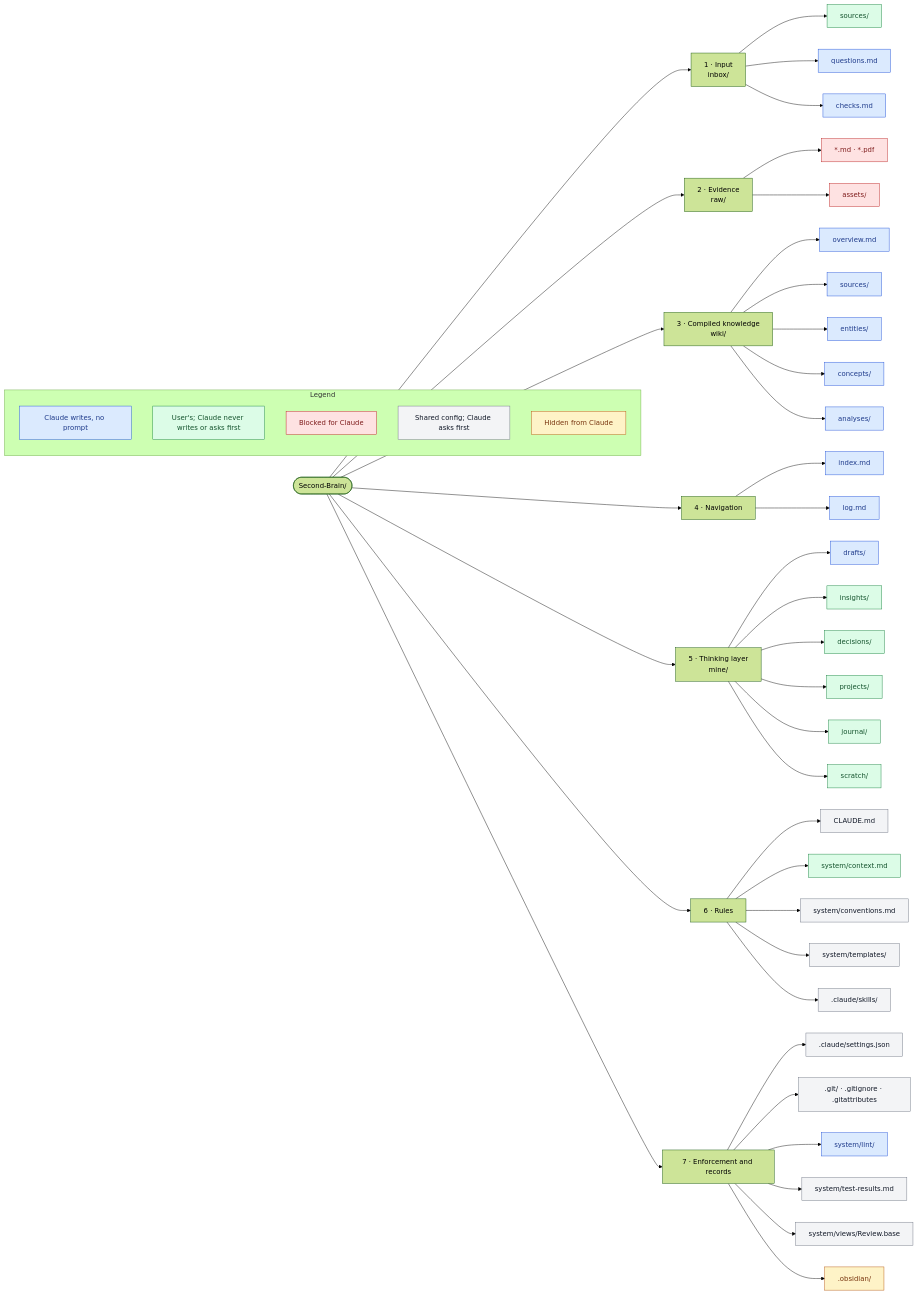
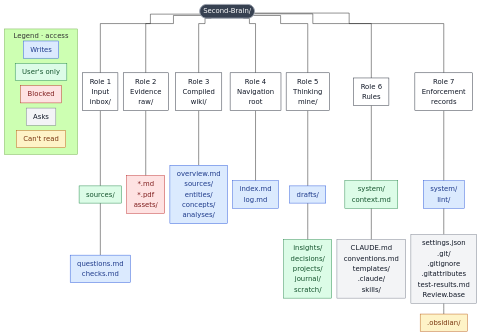
The third of 16 diagrams in mine/projects/thinking-system/23 Product Requirements.md (quocnguyen13/second-brain), drawn with Mermaid (forest theme) before and after one commit. The commit also changed other lines of this file and 5 other files, not shown here.

````diff
--- a/mine/projects/thinking-system/23 Product Requirements.md
+++ b/mine/projects/thinking-system/23 Product Requirements.md
@@ -197,57 +258,40 @@
 ```mermaid
-flowchart LR
-    V(["Second-Brain/"])
-    V --> G1["1 · Input<br/>inbox/"]
-    V --> G2["2 · Evidence<br/>raw/"]
-    V --> G3["3 · Compiled knowledge<br/>wiki/"]
-    V --> G4["4 · Navigation"]
-    V --> G5["5 · Thinking layer<br/>mine/"]
-    V --> G6["6 · Rules"]
-    V --> G7["7 · Enforcement and records"]
-    G1 --> I1["sources/"]
-    G1 --> I2["questions.md"]
-    G1 --> I3["checks.md"]
-    G2 --> R1["*.md · *.pdf"]
-    G2 --> R2["assets/"]
-    G3 --> W1["overview.md"]
-    G3 --> W2["sources/"]
-    G3 --> W3["entities/"]
-    G3 --> W4["concepts/"]
-    G3 --> W5["analyses/"]
-    G4 --> N1["index.md"]
-    G4 --> N2["log.md"]
-    G5 --> M1["drafts/"]
-    G5 --> M2["insights/"]
-    G5 --> M3["decisions/"]
-    G5 --> M4["projects/"]
-    G5 --> M5["journal/"]
-    G5 --> M6["scratch/"]
-    G6 --> S1["CLAUDE.md"]
-    G6 --> S2["system/context.md"]
-    G6 --> S3["system/conventions.md"]
-    G6 --> S4["system/templates/"]
-    G6 --> S5[".claude/skills/"]
-    G7 --> E1[".claude/settings.json"]
-    G7 --> E2[".git/ · .gitignore · .gitattributes"]
-    G7 --> E3["system/lint/"]
-    G7 --> E4["system/test-results.md"]
-    G7 --> E5["system/views/Review.base"]
-    G7 --> E6[".obsidian/"]
-    subgraph LG["Legend"]
-        L1["Claude writes, no prompt"]
-        L2["User's; Claude never writes or asks first"]
-        L3["Blocked for Claude"]
-        L4["Shared config; Claude asks first"]
-        L5["Hidden from Claude"]
+%%{init: {"flowchart": {"curve": "step", "useMaxWidth": true, "nodeSpacing": 12, "rankSpacing": 25, "padding": 8, "subGraphTitleMargin": {"top": 4, "bottom": 8}}}}%%
+flowchart TB
+    subgraph LEG["Legend · access"]
+        direction LR
+        L1["Writes"]:::claude
+        L2["User's only"]:::user
+        L3["Blocked"]:::locked
+        L4["Asks"]:::ask
+        L5["Can't read"]:::hidden
     end
+    V(["Second-Brain/"]):::vault
+    V ~~~ LEG
+    V --- R1["Role 1<br/>Input<br/>inbox/"]:::role
+    V --- R2["Role 2<br/>Evidence<br/>raw/"]:::role
+    V --- R3["Role 3<br/>Compiled<br/>wiki/"]:::role
+    V --- R4["Role 4<br/>Navigation<br/>root"]:::role
+    V --- R5["Role 5<br/>Thinking<br/>mine/"]:::role
+    V --- R6["Role 6<br/>Rules"]:::role
+    V --- R7["Role 7<br/>Enforcement<br/>records"]:::role
+    R1 --- A1["sources/"]:::user
+    A1 --- A2["questions.md<br/>checks.md"]:::claude
+    R2 --- B1["*.md<br/>*.pdf<br/>assets/"]:::locked
+    R3 --- C1["overview.md<br/>sources/<br/>entities/<br/>concepts/<br/>analyses/"]:::claude
+    R4 --- D1["index.md<br/>log.md"]:::claude
+    R5 --- E1["drafts/"]:::claude
+    E1 --- E2["insights/<br/>decisions/<br/>projects/<br/>journal/<br/>scratch/"]:::user
+    R6 --- F1["system/<br/>context.md"]:::user
+    F1 --- F2["CLAUDE.md<br/>conventions.md<br/>templates/<br/>.claude/<br/>skills/"]:::ask
+    R7 --- G1["system/<br/>lint/"]:::claude
+    G1 --- G2["settings.json<br/>.git/<br/>.gitignore<br/>.gitattributes<br/>test-results.md<br/>Review.base"]:::ask
+    G2 --- G3[".obsidian/"]:::hidden
     classDef claude fill:#dbeafe,stroke:#1d4ed8,color:#1e3a8a
     classDef user fill:#dcfce7,stroke:#15803d,color:#14532d
     classDef locked fill:#fee2e2,stroke:#b91c1c,color:#7f1d1d
     classDef ask fill:#f3f4f6,stroke:#6b7280,color:#111827
     classDef hidden fill:#fef3c7,stroke:#b45309,color:#78350f
-    class I2,I3,W1,W2,W3,W4,W5,N1,N2,M1,E3,L1 claude
-    class I1,M2,M3,M4,M5,M6,S2,L2 user
-    class R1,R2,L3 locked
-    class S1,S3,S4,S5,E1,E2,E4,E5,L4 ask
-    class E6,L5 hidden
+    classDef role fill:#ffffff,stroke:#111827,color:#111827
+    classDef vault fill:#374151,stroke:#9ca3af,color:#ffffff
 ```
````
